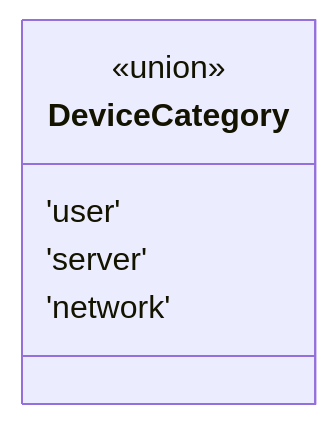
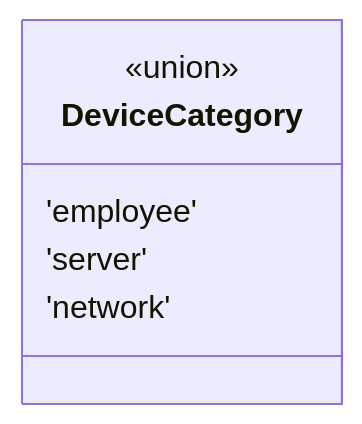
The second of 4 diagrams in docs/types.md (ScottLogic/sl-tech-carbon-estimator), drawn with Mermaid before and after one commit. The commit also changed other lines of this file and 11 other files, not shown here.

Commit message:
Change 'User' to 'Employee' Covers user facing text and code so that it doesn't get confusing in future

````diff
--- a/docs/types.md
+++ b/docs/types.md
@@ -97,9 +97,9 @@
 ```mermaid
 classDiagram
   class DeviceCategory {
     <<union>>
-    'user'
+    'employee'
     'server'
     'network'
   }
 ```
````
